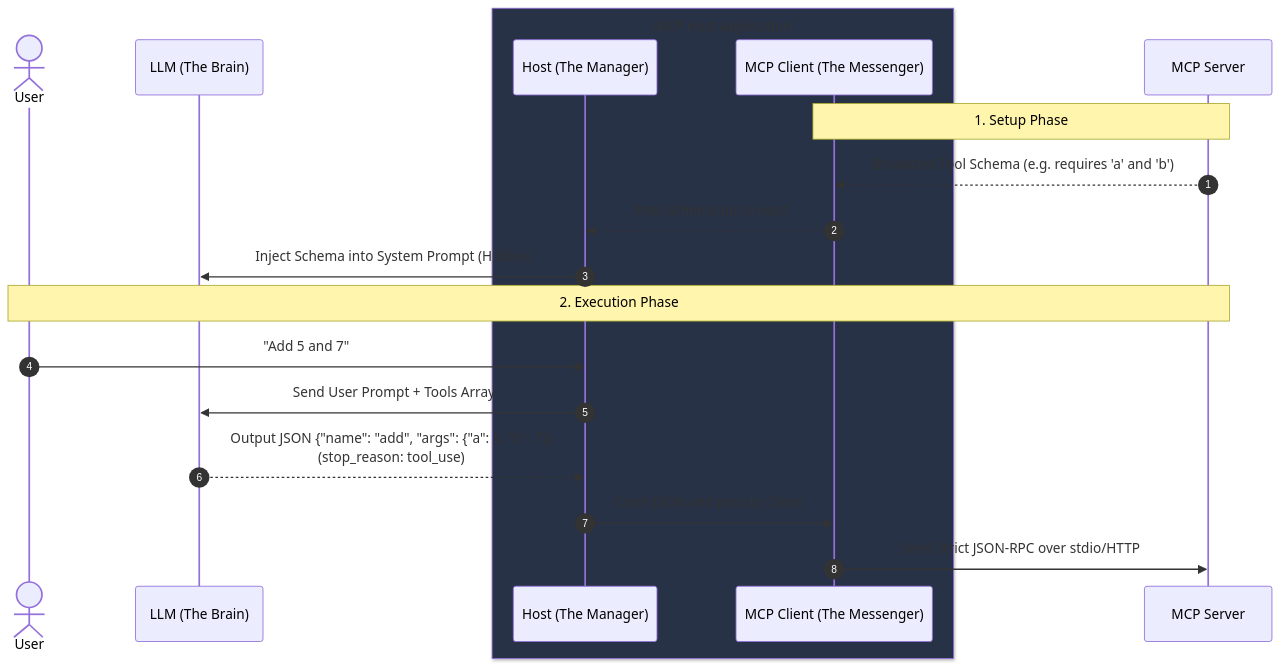
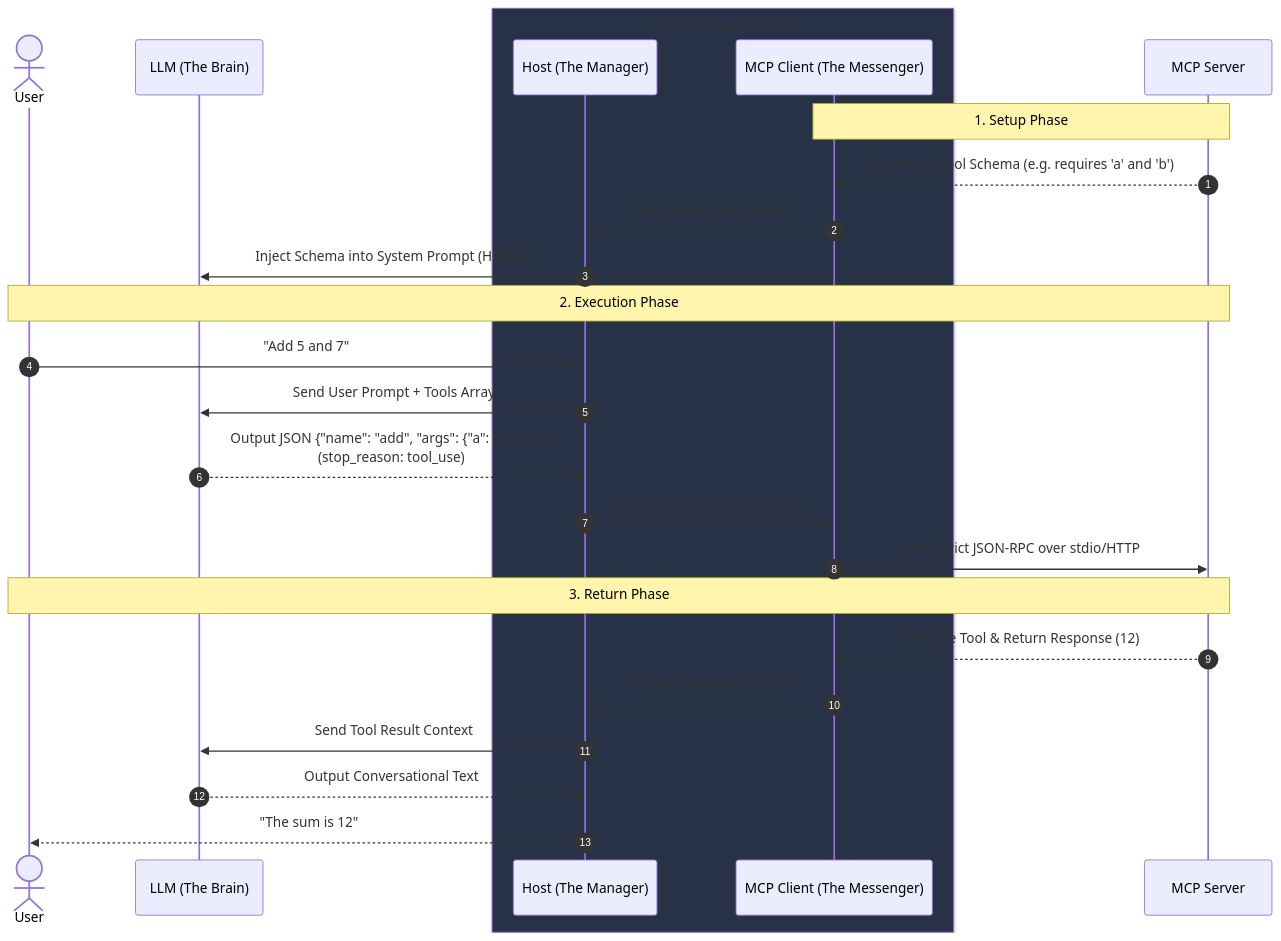
The third of 3 diagrams in chapters/01-the-big-picture/README.md (FirdowsRahaman/mcp-masterclass), drawn with Mermaid before and after one commit. The commit also changed other lines of this file and 9 other files, not shown here.

````diff
--- a/chapters/01-the-big-picture/README.md
+++ b/chapters/01-the-big-picture/README.md
@@ -124,24 +143,31 @@
 ```mermaid
 sequenceDiagram
     autonumber
     
     actor U as User
     participant L as LLM (The Brain)
     box rgb(40, 50, 70) MCP Host Application
     participant H as Host (The Manager)
     participant C as MCP Client (The Messenger)
     end
     participant S as MCP Server
 
     note over C,S: 1. Setup Phase
     S-->>C: Broadcast Tool Schema (e.g. requires 'a' and 'b')
     C-->>H: Pass Schema up to Host
     H->>L: Inject Schema into System Prompt (Hidden)
 
     note over U,S: 2. Execution Phase
     U->>H: "Add 5 and 7"
     H->>L: Send User Prompt + Tools Array
     L-->>H: Output JSON {"name": "add", "args": {"a": 5, "b": 7}}<br/>(stop_reason: tool_use)
     H->>C: Catch JSON and pass to Client
     C->>S: Send Strict JSON-RPC over stdio/HTTP
+    
+    note over U,S: 3. Return Phase
+    S-->>C: Execute Tool & Return Response (12)
+    C-->>H: Format Response for LLM
+    H->>L: Send Tool Result Context
+    L-->>H: Output Conversational Text
+    H-->>U: "The sum is 12"
 ```
````
